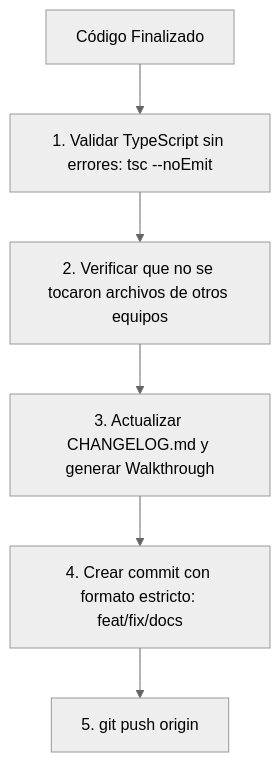
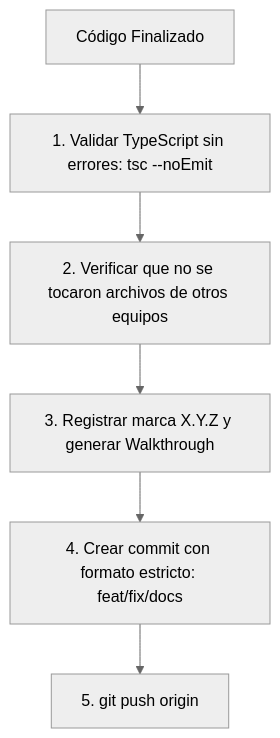
Before and after one commit to pintuclic/pintuclic: the diagram in docs/00_SISTEMA/02_GUIAS_Y_ESTANDARES/GUIA_GIT_COMMITS_Y_PUSH.md, drawn with Mermaid (neutral theme). The commit also changed other lines of this file and 4 other files, not shown here.

````diff
--- a/docs/00_SISTEMA/02_GUIAS_Y_ESTANDARES/GUIA_GIT_COMMITS_Y_PUSH.md
+++ b/docs/00_SISTEMA/02_GUIAS_Y_ESTANDARES/GUIA_GIT_COMMITS_Y_PUSH.md
@@ -69,8 +70,8 @@
 ```mermaid
 graph TD
     A[Código Finalizado] --> B[1. Validar TypeScript sin errores: tsc --noEmit]
     B --> C[2. Verificar que no se tocaron archivos de otros equipos]
-    C --> D[3. Actualizar CHANGELOG.md y generar Walkthrough]
+    C --> D[3. Registrar marca X.Y.Z y generar Walkthrough]
     D --> E[4. Crear commit con formato estricto: feat/fix/docs]
     E --> F[5. git push origin <rama-asignada>]
 ```
````
